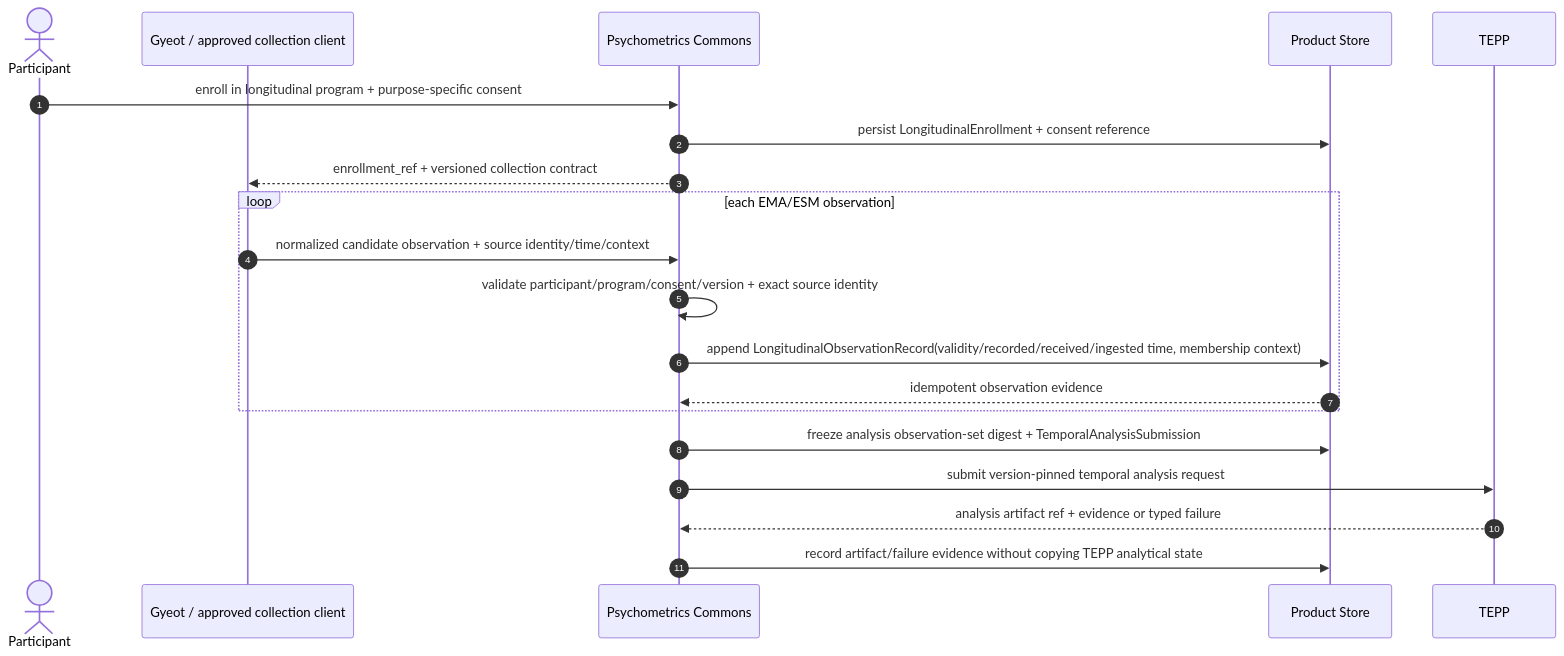
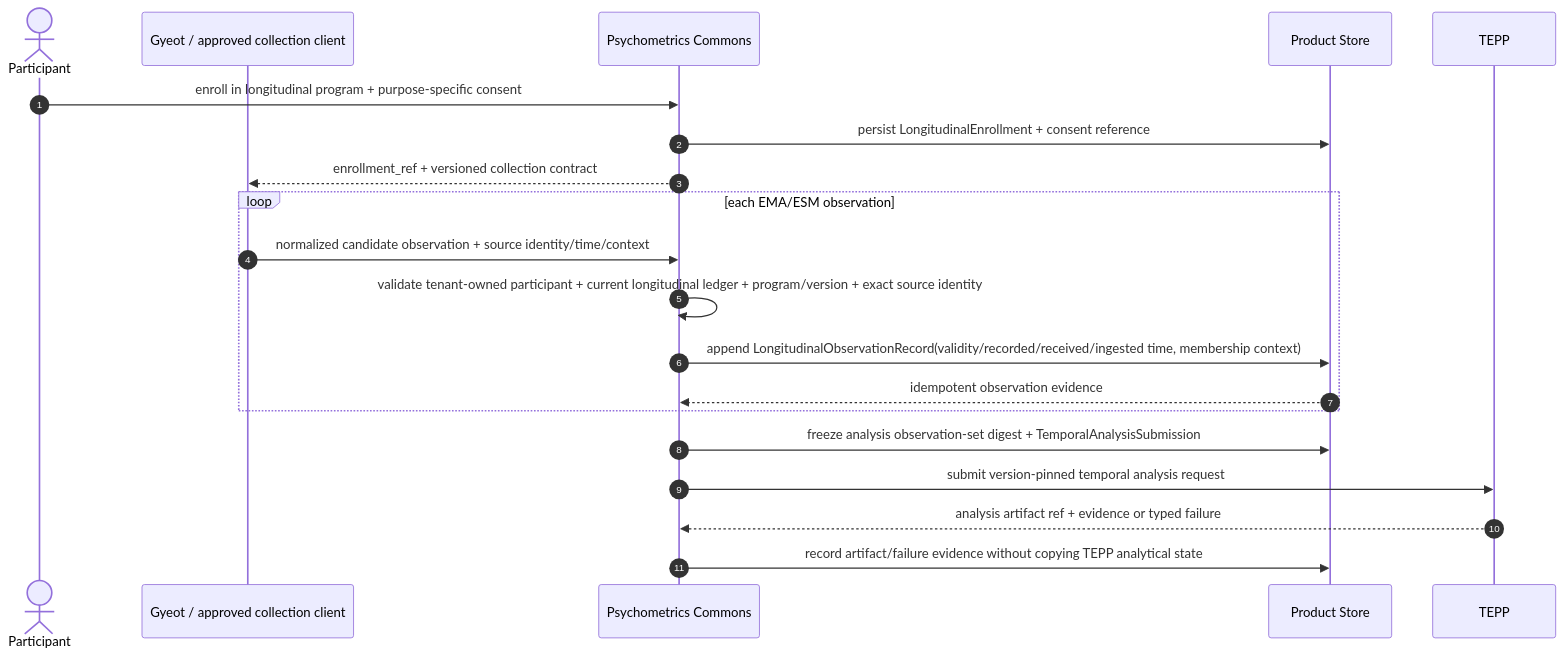
One commit to ContextualWisdomLab/psychometrics-commons changed the ninth of 12 diagrams in docs/architecture/UML.md. Above: the diagram before and after it, drawn with Mermaid. The commit also changed other lines of this file and 5 other files, not shown here.

First line of the commit message:
fix(longitudinal): gate collection on current ledger and tenant

````diff
--- a/docs/architecture/UML.md
+++ b/docs/architecture/UML.md
@@ -380,25 +380,25 @@
 ```mermaid
 sequenceDiagram
     autonumber
     actor P as Participant
     participant G as Gyeot / approved collection client
     participant A as Psychometrics Commons
     participant DB as Product Store
     participant T as TEPP
 
     P->>A: enroll in longitudinal program + purpose-specific consent
     A->>DB: persist LongitudinalEnrollment + consent reference
     A-->>G: enrollment_ref + versioned collection contract
 
     loop each EMA/ESM observation
         G->>A: normalized candidate observation + source identity/time/context
-        A->>A: validate participant/program/consent/version + exact source identity
+        A->>A: validate tenant-owned participant + current longitudinal ledger + program/version + exact source identity
         A->>DB: append LongitudinalObservationRecord(validity/recorded/received/ingested time, membership context)
         DB-->>A: idempotent observation evidence
     end
 
     A->>DB: freeze analysis observation-set digest + TemporalAnalysisSubmission
     A->>T: submit version-pinned temporal analysis request
     T-->>A: analysis artifact ref + evidence or typed failure
     A->>DB: record artifact/failure evidence without copying TEPP analytical state
 ```
````
